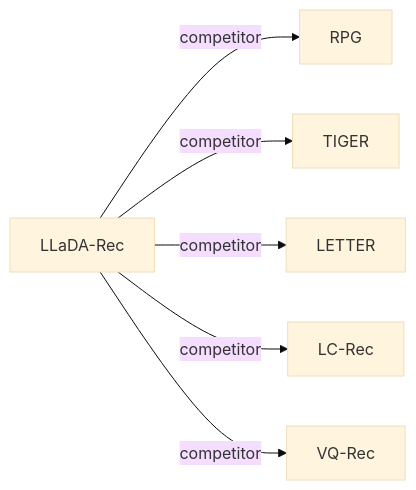
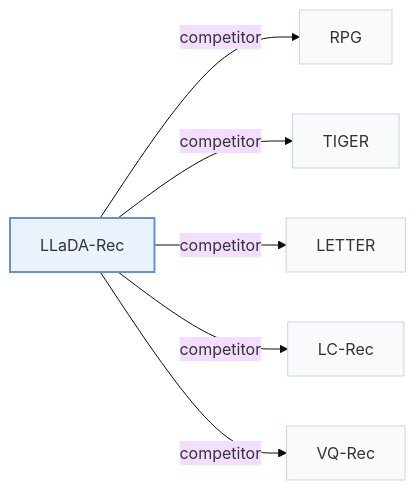
The fourth of 4 diagrams in pages/papers/llada-rec.md (Galaxy-ghost/Awesome-SID-Generative-Rec), drawn with Mermaid (base theme) before and after one commit. The commit also changed other lines of this file and 649 other files, not shown here.

Commit message:
writer-05: also tags and modality index (schema, check, build, visuals); summary field removed; calibration data for 12 papers

````diff
--- a/pages/papers/llada-rec.md
+++ b/pages/papers/llada-rec.md
@@ -135,9 +147,13 @@
 ```mermaid
 flowchart LR
     P["LLaDA-Rec"]
-    P -->|competitor| A["RPG"]
-    P -->|competitor| B["TIGER"]
-    P -->|competitor| C["LETTER"]
-    P -->|competitor| D["LC-Rec"]
-    P -->|competitor| E["VQ-Rec"]
+    P -->|"competitor"| A["RPG"]
+    P -->|"competitor"| B["TIGER"]
+    P -->|"competitor"| C["LETTER"]
+    P -->|"competitor"| D["LC-Rec"]
+    P -->|"competitor"| E["VQ-Rec"]
+    classDef main fill:#eaf2fb,stroke:#6b8fc7,stroke-width:2px
+    classDef peer fill:#f8fafc,stroke:#cbd5e1
+    class P main
+    class A,B,C,D,E peer
 ```
````
